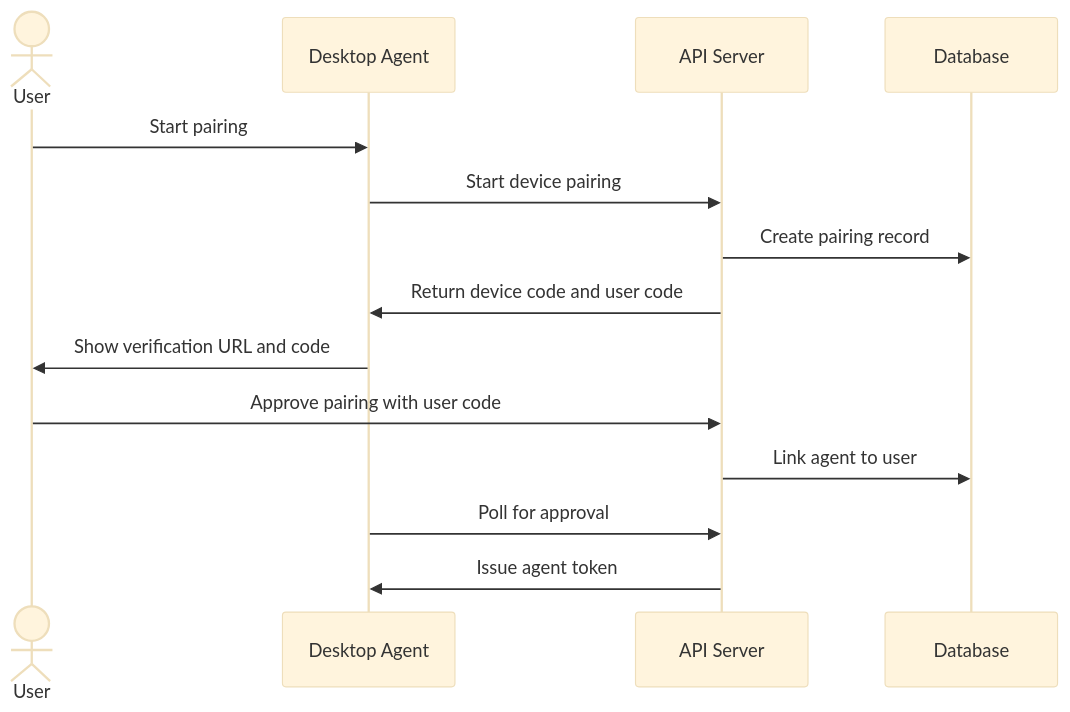
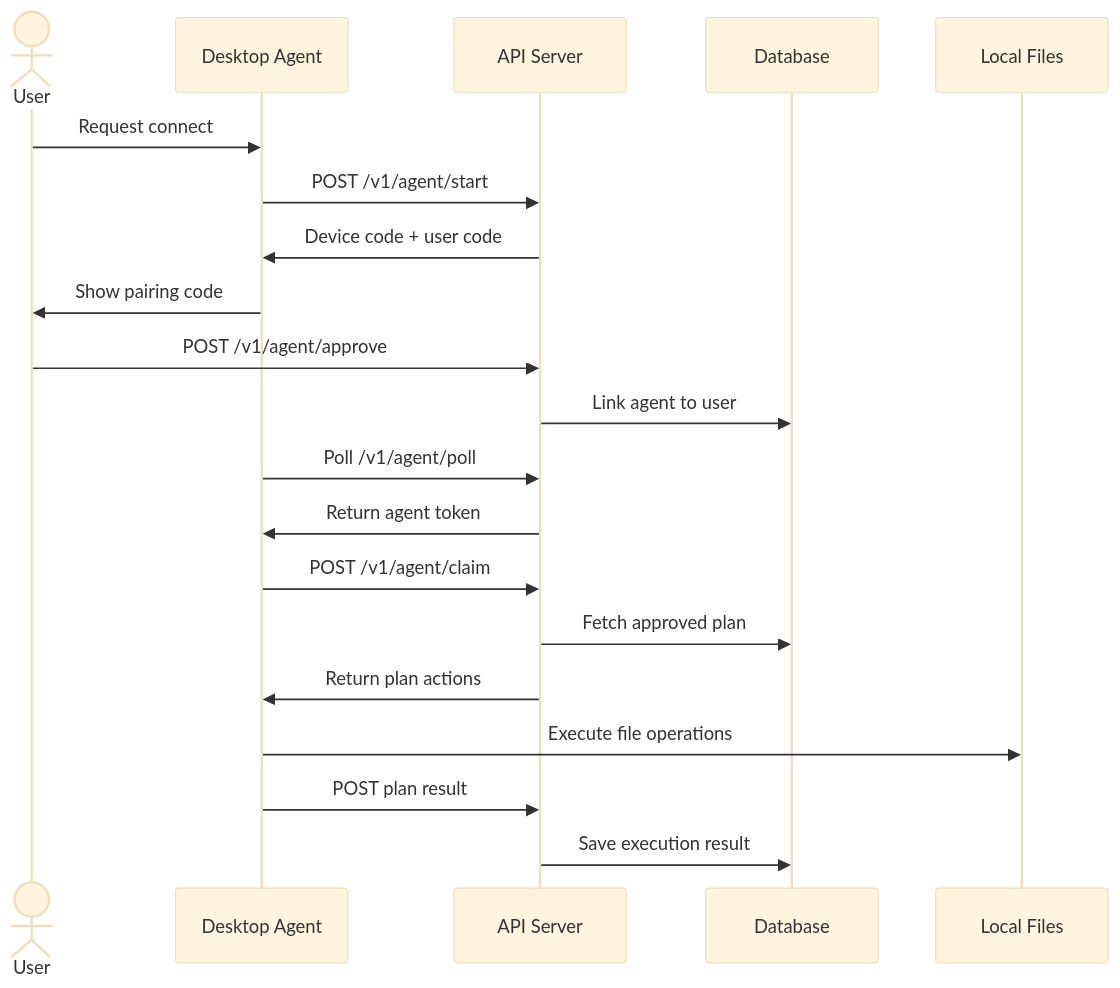
The third of 4 diagrams in README.md (skido600/Visual-Workflow-Agent), drawn with Mermaid (base theme) before and after one commit. The commit also changed other lines of this file, not shown here.

````diff
--- a/README.md
+++ b/README.md
@@ -197,17 +70,23 @@
 ```mermaid
 sequenceDiagram
     actor User
     participant Agent as Desktop Agent
     participant API as API Server
     participant DB as Database
+    participant Files as Local Files
 
-    User->>Agent: Start pairing
-    Agent->>API: Start device pairing
-    API->>DB: Create pairing record
-    API->>Agent: Return device code and user code
-    Agent->>User: Show verification URL and code
-    User->>API: Approve pairing with user code
+    User->>Agent: Request connect
+    Agent->>API: POST /v1/agent/start
+    API->>Agent: Device code + user code
+    Agent->>User: Show pairing code
+    User->>API: POST /v1/agent/approve
     API->>DB: Link agent to user
-    Agent->>API: Poll for approval
-    API->>Agent: Issue agent token
+    Agent->>API: Poll /v1/agent/poll
+    API->>Agent: Return agent token
+    Agent->>API: POST /v1/agent/claim
+    API->>DB: Fetch approved plan
+    API->>Agent: Return plan actions
+    Agent->>Files: Execute file operations
+    Agent->>API: POST plan result
+    API->>DB: Save execution result
 ```
````
